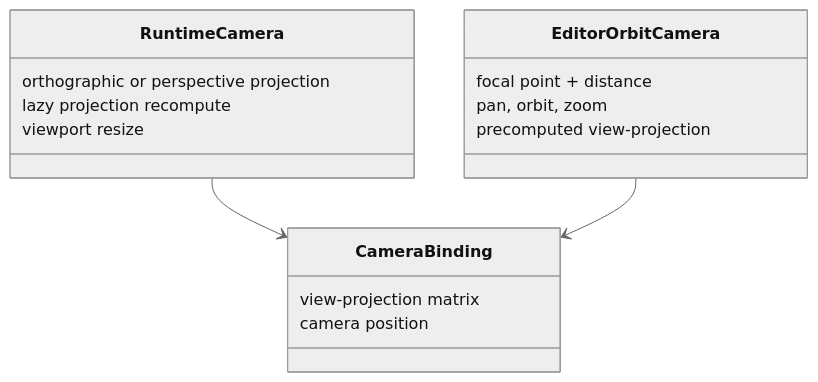
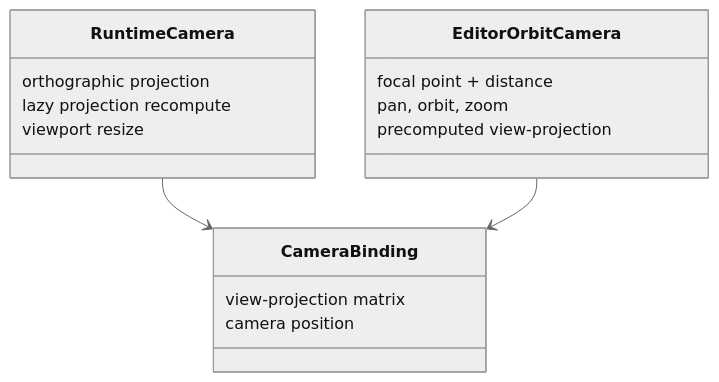
Before and after one commit to kateusz/GameEngine: the fourth of 5 diagrams in docs/architecture/rendering-pipeline.md, drawn with Mermaid (neutral theme). The commit also changed other lines of this file and 229 other files, not shown here.

````diff
--- a/docs/architecture/rendering-pipeline.md
+++ b/docs/architecture/rendering-pipeline.md
@@ -296,22 +217,22 @@
 ```mermaid
 classDiagram
     class RuntimeCamera {
-        orthographic or perspective projection
+        orthographic projection
         lazy projection recompute
         viewport resize
     }
 
     class EditorOrbitCamera {
         focal point + distance
         pan, orbit, zoom
         precomputed view-projection
     }
 
     class CameraBinding {
         view-projection matrix
         camera position
     }
 
     RuntimeCamera --> CameraBinding
     EditorOrbitCamera --> CameraBinding
 ```
````
